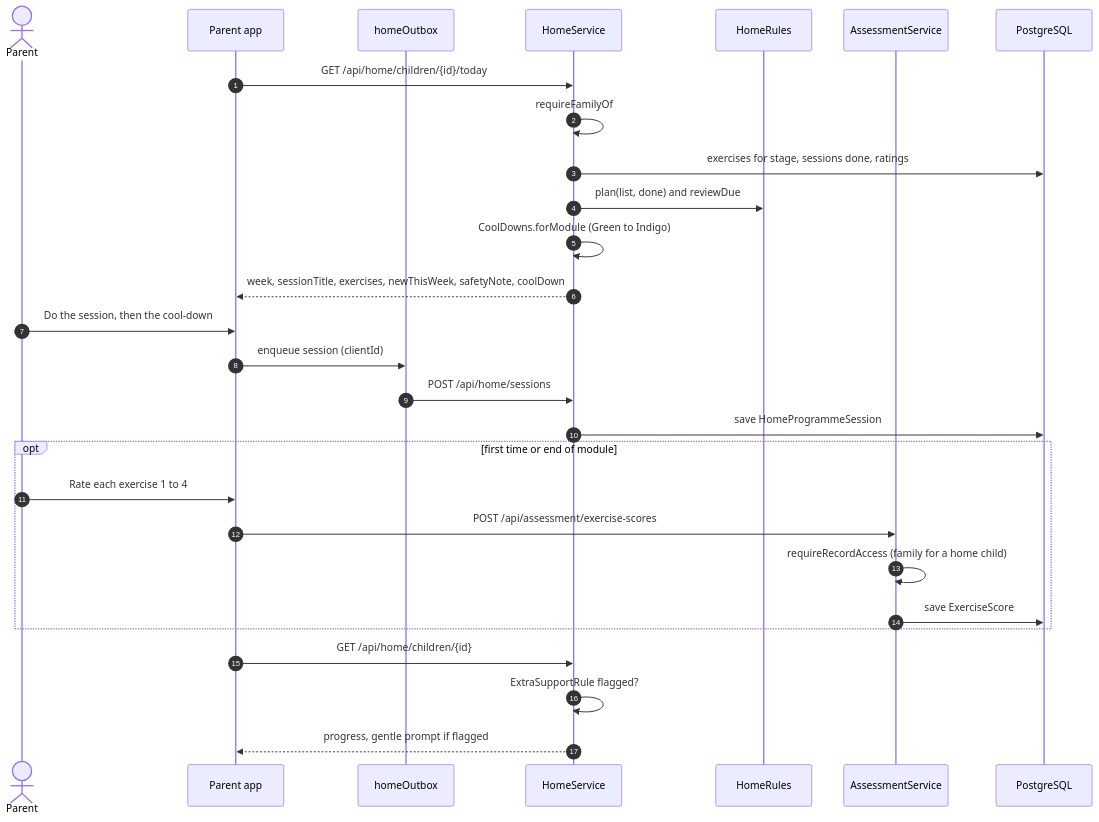
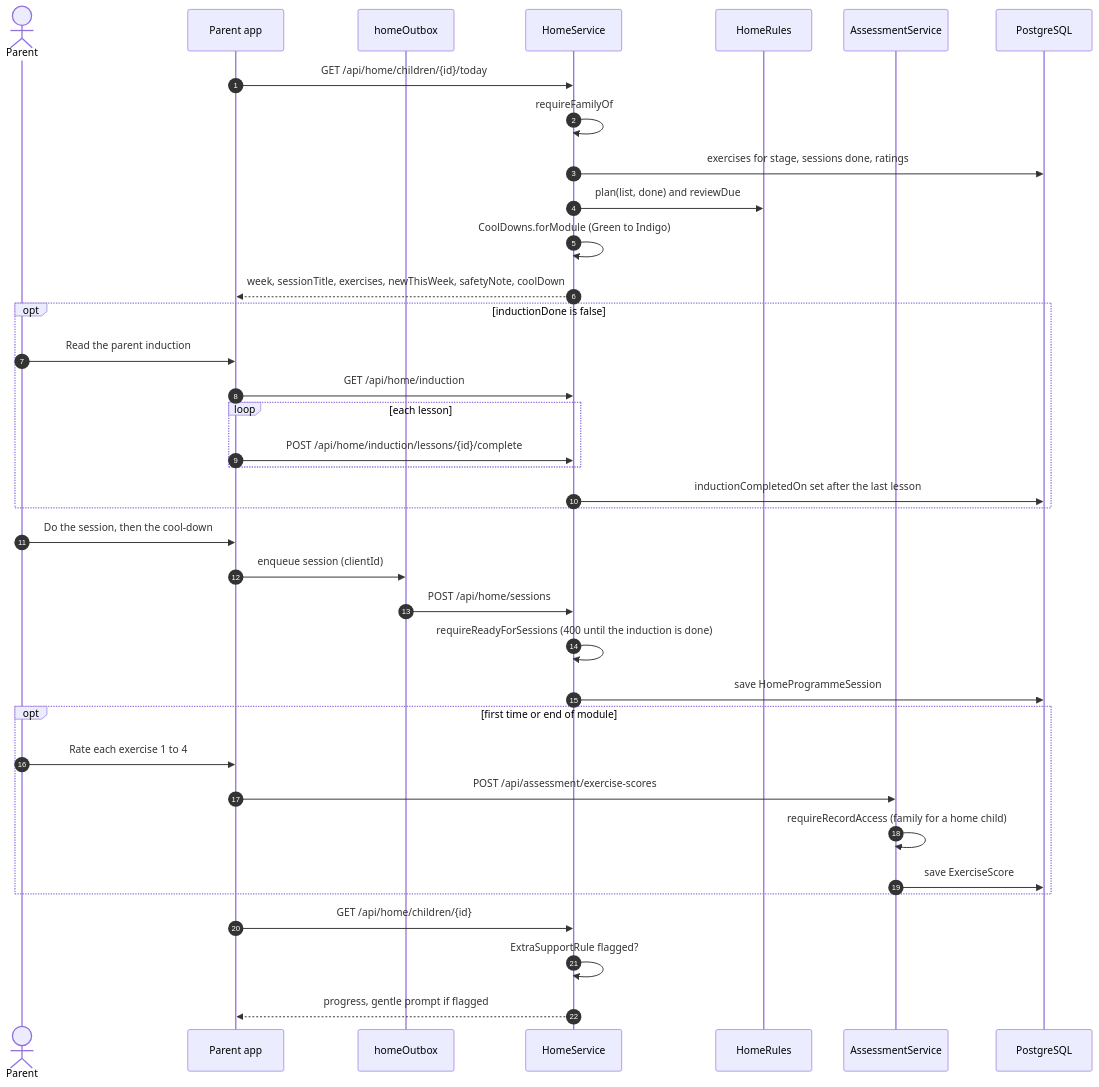
The second of 3 diagrams in docs/flows/5b-parent-motor-movers-at-home.md (ersagarnikam/MoterMoversPlatform), drawn with Mermaid before and after one commit. The commit also changed other lines of this file and 30 other files, not shown here.

First line of the commit message:
Ask parents to finish an induction before the first home session

````diff
--- a/docs/flows/5b-parent-motor-movers-at-home.md
+++ b/docs/flows/5b-parent-motor-movers-at-home.md
@@ -67,30 +67,39 @@
 ```mermaid
 sequenceDiagram
   autonumber
   actor P as Parent
   participant A as Parent app
   participant Q as homeOutbox
   participant API as HomeService
   participant HR as HomeRules
   participant AS as AssessmentService
   participant DB as PostgreSQL
   A->>API: GET /api/home/children/{id}/today
   API->>API: requireFamilyOf
   API->>DB: exercises for stage, sessions done, ratings
   API->>HR: plan(list, done) and reviewDue
   API->>API: CoolDowns.forModule (Green to Indigo)
   API-->>A: week, sessionTitle, exercises, newThisWeek, safetyNote, coolDown
+  opt inductionDone is false
+    P->>A: Read the parent induction
+    A->>API: GET /api/home/induction
+    loop each lesson
+      A->>API: POST /api/home/induction/lessons/{id}/complete
+    end
+    API->>DB: inductionCompletedOn set after the last lesson
+  end
   P->>A: Do the session, then the cool-down
   A->>Q: enqueue session (clientId)
   Q->>API: POST /api/home/sessions
+  API->>API: requireReadyForSessions (400 until the induction is done)
   API->>DB: save HomeProgrammeSession
   opt first time or end of module
     P->>A: Rate each exercise 1 to 4
     A->>AS: POST /api/assessment/exercise-scores
     AS->>AS: requireRecordAccess (family for a home child)
     AS->>DB: save ExerciseScore
   end
   A->>API: GET /api/home/children/{id}
   API->>API: ExtraSupportRule flagged?
   API-->>A: progress, gentle prompt if flagged
 ```
````
